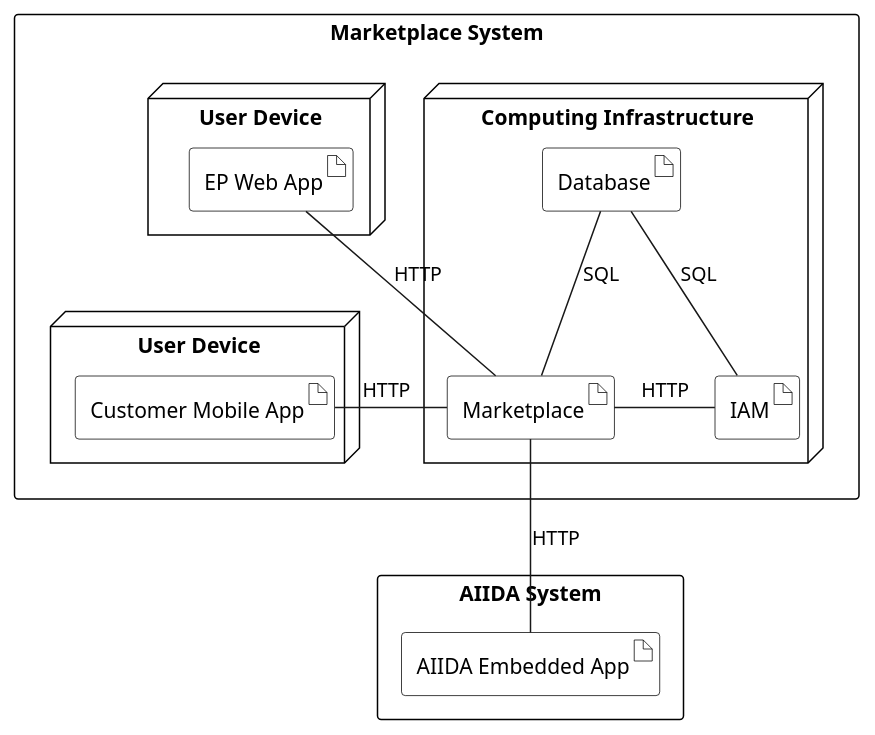
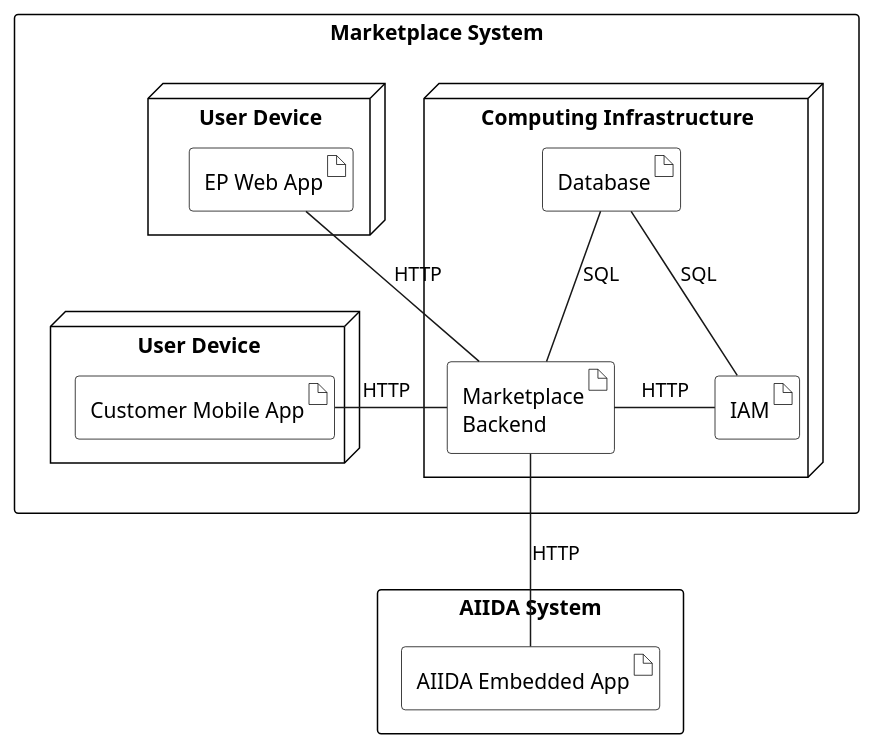
Before and after one commit to eddie-energy/architecture: the diagram in arc42/marketplace/deployment-view/figures/deployment-diagram-option-1.puml, drawn with PlantUML. The commit also changed 17 other files, not shown here.

Commit message:
update the marketplace backend

```diff
--- a/arc42/marketplace/deployment-view/figures/deployment-diagram-option-1.puml
+++ b/arc42/marketplace/deployment-view/figures/deployment-diagram-option-1.puml
@@ -1,48 +1,48 @@
 @startuml deployment-diagram-marketplace
 
 ' skinparam linetype ortho
 skinparam artifact{
   BorderColor black
   BackgroundColor transparent
 }
 skinparam rectangle{
   BorderColor black
   BackgroundColor transparent
 }
 skinparam node{
   BorderColor black
   BackgroundColor transparent
 }
 
 rectangle "Marketplace System" {
   node "Computing Infrastructure" as local {    
-    artifact "Marketplace" as marketplace
+    artifact "Marketplace\nBackend" as marketplace
     artifact "Database" as database
     artifact "IAM" as iam
 
     database -down- marketplace : SQL
     marketplace -right- iam : HTTP
     database -right- iam : SQL
   }
 node "User Device" as cust {
     artifact "Customer Mobile App" as customer
 }
 node "User Device" as elpa {
     artifact "EP Web App" as ep
 }
 ep -down[hidden]- customer
 }
 
 rectangle "AIIDA System" {
   artifact "AIIDA Embedded App" as aiida
 }
 
 
 ep -right- marketplace : HTTP
 customer -right- marketplace : "HTTP  "
 
 marketplace -down- aiida : HTTP
 
 
   
 @enduml
```
